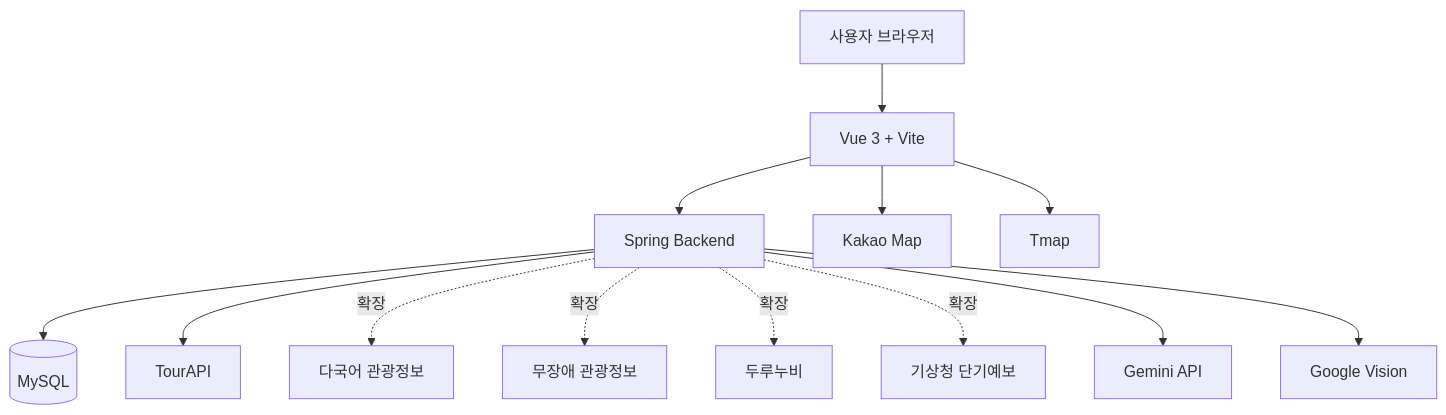
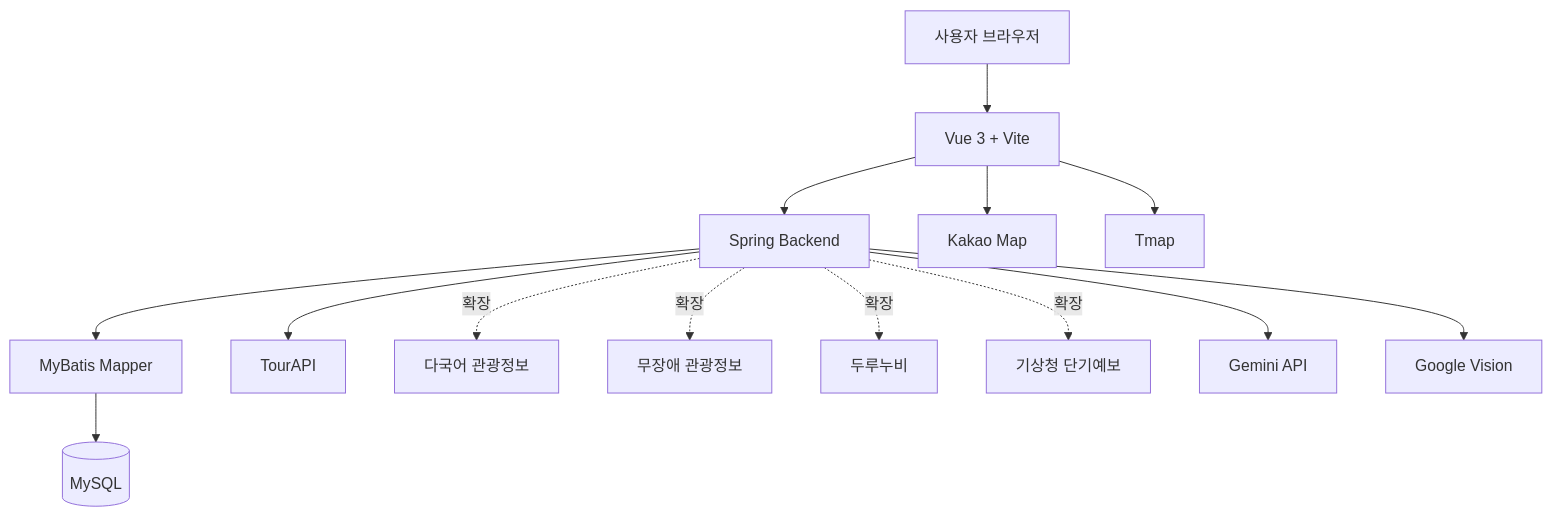
One commit to kanghyunsoon/operation-seoul changed the third of 3 diagrams in docs/PROJECT_PLANNING.md. Above: the diagram before and after it, drawn with Mermaid. The commit also changed other lines of this file and 15 other files, not shown here.

````diff
--- a/docs/PROJECT_PLANNING.md
+++ b/docs/PROJECT_PLANNING.md
@@ -354,29 +354,30 @@
 ```mermaid
 flowchart TB
     User[사용자 브라우저]
     Vue[Vue 3 + Vite]
     Spring[Spring Backend]
+    MyBatis[MyBatis Mapper]
     MySQL[(MySQL)]
     TourAPI[TourAPI]
     Multi[다국어 관광정보]
     Barrier[무장애 관광정보]
     Durunubi[두루누비]
     Weather[기상청 단기예보]
     Kakao[Kakao Map]
     Tmap[Tmap]
     Gemini[Gemini API]
     Vision[Google Vision]
 
     User --> Vue
     Vue --> Spring
     Vue --> Kakao
     Vue --> Tmap
-    Spring --> MySQL
+    Spring --> MyBatis --> MySQL
     Spring --> TourAPI
     Spring -.확장.-> Multi
     Spring -.확장.-> Barrier
     Spring -.확장.-> Durunubi
     Spring -.확장.-> Weather
     Spring --> Gemini
     Spring --> Vision
 ```
````
